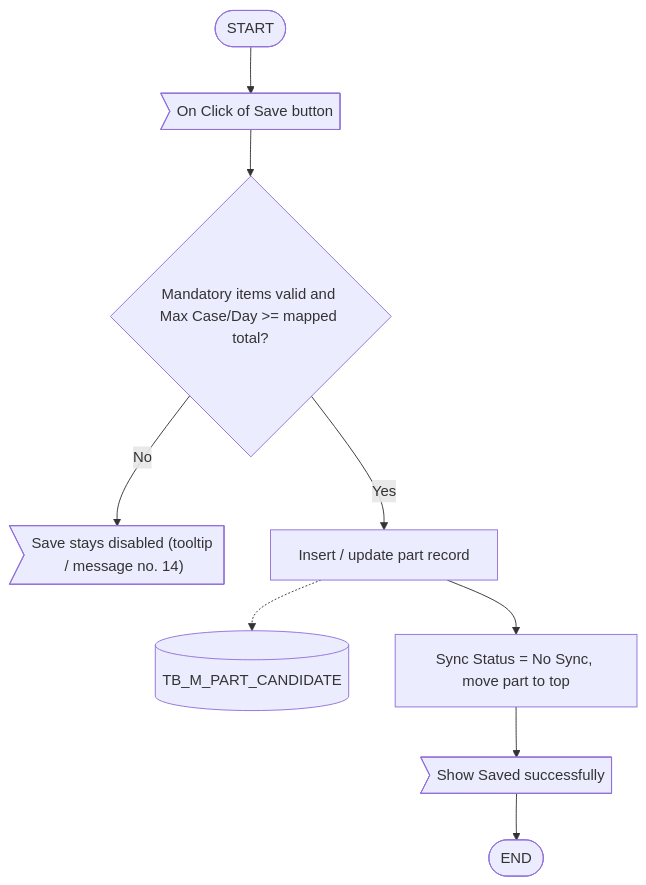
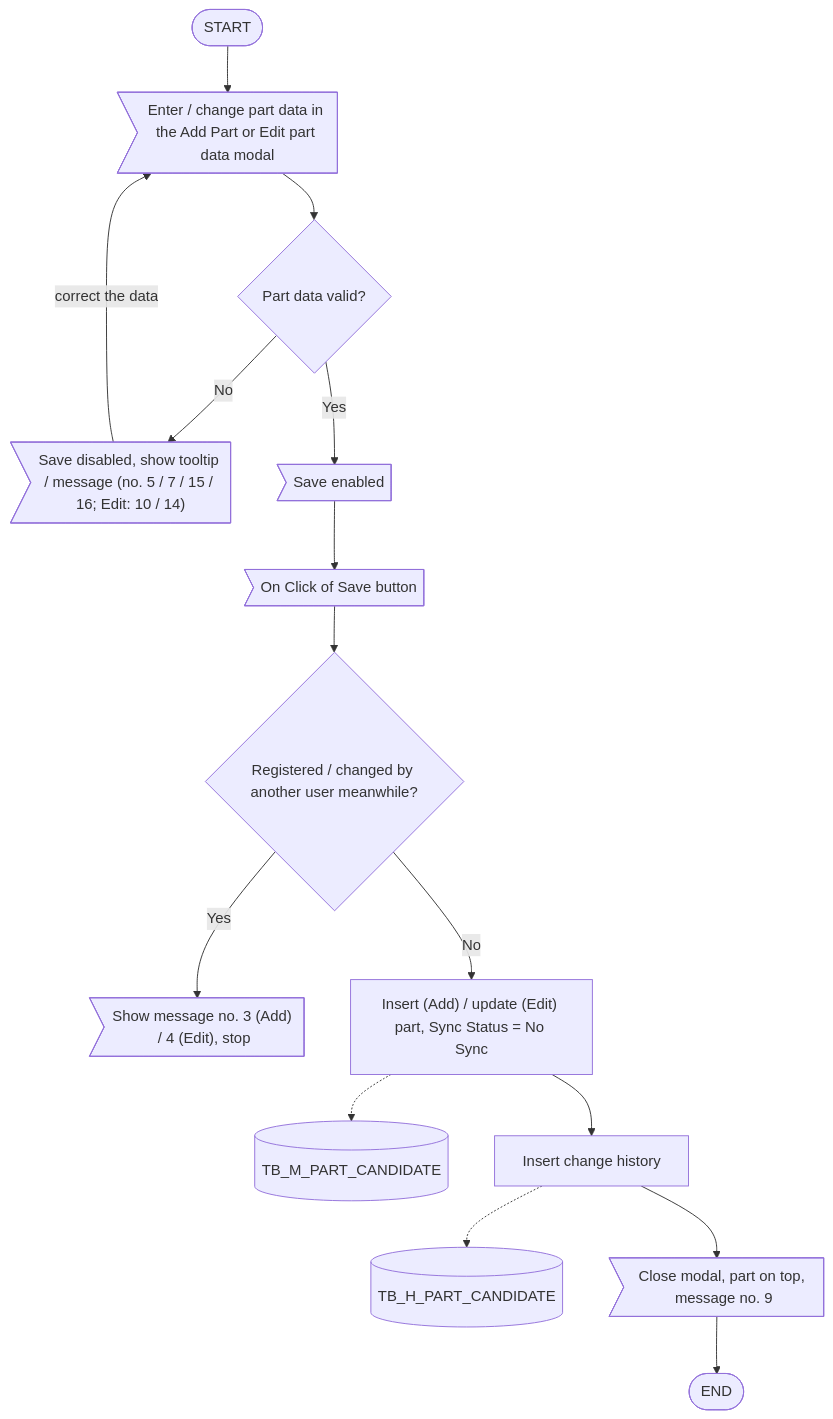
The third of 5 diagrams in prepare_code/uiss/XD01_Screen_CrossDockPartMaster.md (ivanrayhannn/crossdockpoc), drawn with Mermaid before and after one commit. The commit also changed other lines of this file and 20 other files, not shown here.

First line of the commit message:
FB-098 / FB-070 / FB-068: Active part without destination, no housekeeping, Save flow Add/Edit

````diff
--- a/prepare_code/uiss/XD01_Screen_CrossDockPartMaster.md
+++ b/prepare_code/uiss/XD01_Screen_CrossDockPartMaster.md
@@ -172,20 +172,31 @@
 ```mermaid
 flowchart TB
   s(["START"])
-  e>"On Click of Save button"]
-  d1{"Mandatory items valid and Max Case/Day >= mapped total?"}
-  m1>"Save stays disabled (tooltip / message no. 14)"]
-  p1["Insert / update part record"]
+  e1>"Enter / change part data in the Add Part or Edit part data modal"]
+  d1{"Part data valid?"}
+  m1>"Save disabled, show tooltip / message (no. 5 / 7 / 15 / 16; Edit: 10 / 14)"]
+  m2>"Save enabled"]
+  e2>"On Click of Save button"]
+  d2{"Registered / changed by another user meanwhile?"}
+  m3>"Show message no. 3 (Add) / 4 (Edit), stop"]
+  p1["Insert (Add) / update (Edit) part, Sync Status = No Sync"]
   db[("TB_M_PART_CANDIDATE")]
-  p2["Sync Status = No Sync, move part to top"]
-  m2>"Show Saved successfully"]
+  p2["Insert change history"]
+  db2[("TB_H_PART_CANDIDATE")]
+  m4>"Close modal, part on top, message no. 9"]
   x(["END"])
-  s --> e
-  e --> d1
+  s --> e1
+  e1 --> d1
   d1 -->|No| m1
-  d1 -->|Yes| p1
+  m1 -->|correct the data| e1
+  d1 -->|Yes| m2
+  m2 --> e2
+  e2 --> d2
+  d2 -->|Yes| m3
+  d2 -->|No| p1
   p1 -.-> db
   p1 --> p2
-  p2 --> m2
-  m2 --> x
+  p2 -.-> db2
+  p2 --> m4
+  m4 --> x
 ```
````
